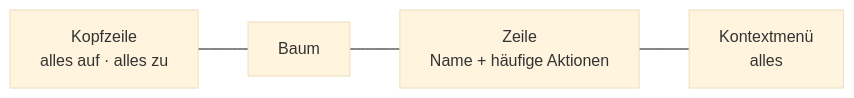
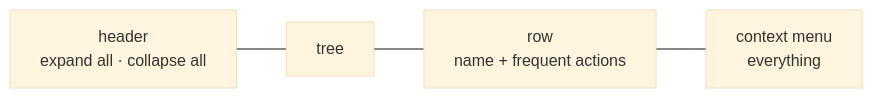
The sixth of 14 diagrams in docs/NewConcept/20-interaction.md (sfambach/wp-taxonomy-modeler), drawn with Mermaid (base theme) before and after one commit. The commit also changed other lines of this file and 4 other files, not shown here.

First line of the commit message:
Diagramme auf Englisch, Sachnamen bleiben

````diff
--- a/docs/NewConcept/20-interaction.md
+++ b/docs/NewConcept/20-interaction.md
@@ -196,6 +196,6 @@
 ```mermaid
 flowchart LR
-  H["Kopfzeile<br/>alles auf · alles zu"] --- T["Baum"]
-  T --- Z["Zeile<br/>Name + häufige Aktionen"]
-  Z --- M["Kontextmenü<br/>alles"]
+  H["header<br/>expand all · collapse all"] --- T["tree"]
+  T --- Z["row<br/>name + frequent actions"]
+  Z --- M["context menu<br/>everything"]
 ```
````
